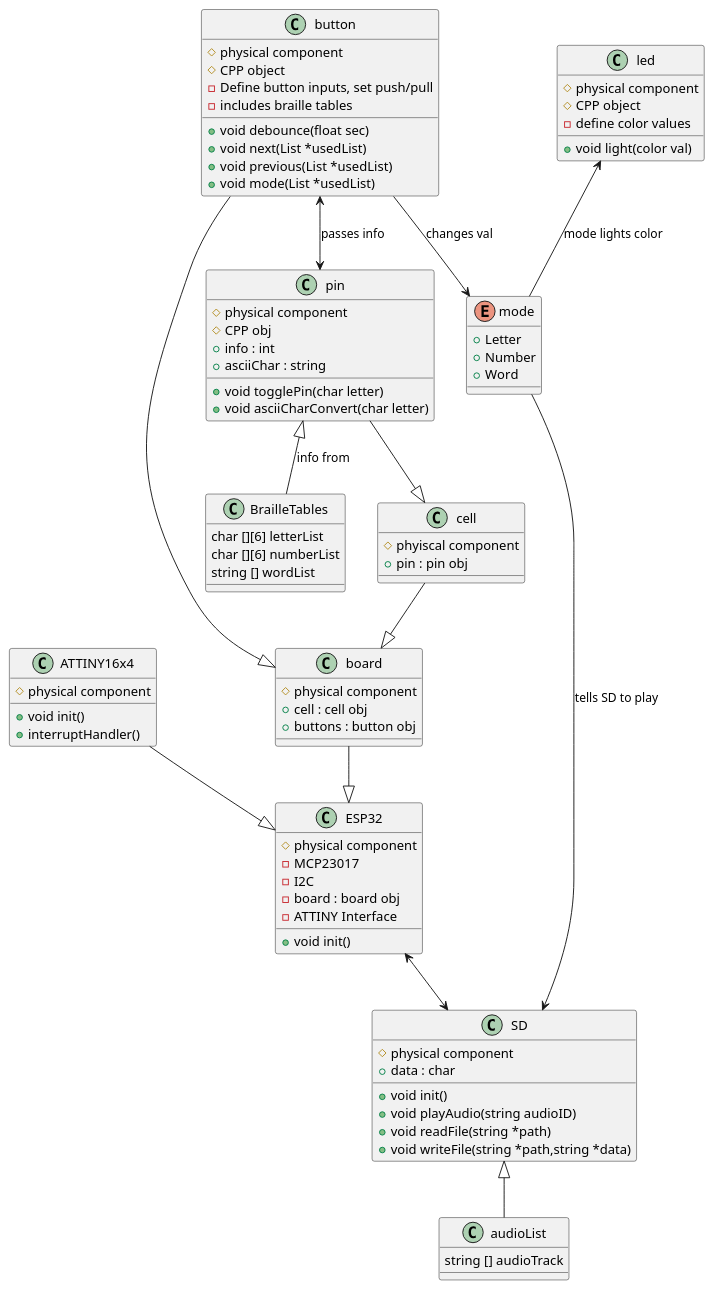
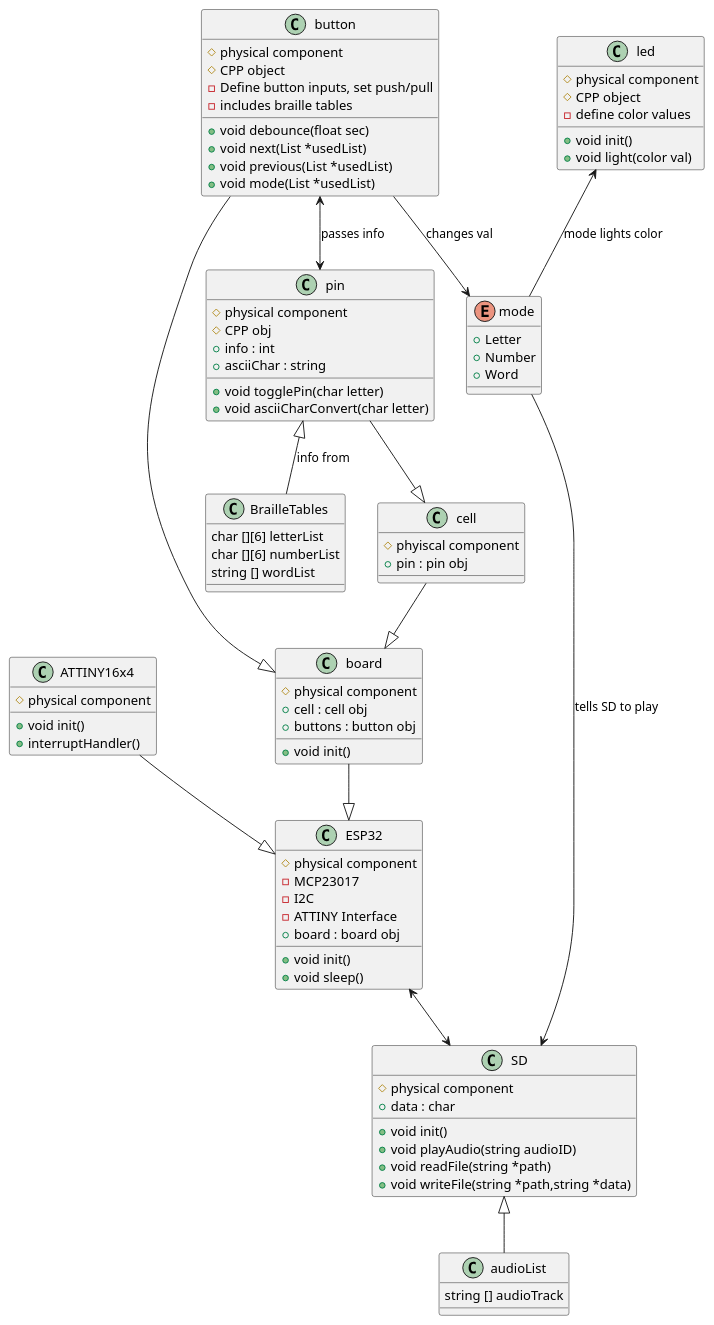
Before and after one commit to nathe6/ENGR696-Braille: the diagram in Braille_Project/main/Braille.puml, drawn with PlantUML.

Commit message:
Cleaning up UMLs

```diff
--- a/Braille_Project/main/Braille.puml
+++ b/Braille_Project/main/Braille.puml
@@ -1,97 +1,100 @@
 @startuml braille
 ' skinparam linetype polyline
 
 together {
     class board {
         # physical component
+        + void init()
         + cell : cell obj
         + buttons : button obj
     }
 
     class cell {
         # phyiscal component
         + pin : pin obj
     }
 
         cell --|> board
         button --|> board
         pin --|> cell
 
     class pin {
         # physical component
         # CPP obj
         + info : int
         + asciiChar : string
         + void togglePin(char letter)
         + void asciiCharConvert(char letter)
     }
 
         pin <|-- BrailleTables : info from
         BrailleTables : char [][6] letterList
         BrailleTables : char [][6] numberList
         BrailleTables : string [] wordList
 
     class button {
         # physical component
         # CPP object
         - Define button inputs, set push/pull
         - includes braille tables
         + void debounce(float sec) 
         + void next(List *usedList) 
         + void previous(List *usedList)
         + void mode(List *usedList)
     }
 
         button <--> pin : passes info 
         button --> mode : changes val
 
 }
 
 class ESP32 {
     # physical component
     - MCP23017
     - I2C
-    - board : board obj
     - ATTINY Interface
+    + board : board obj
     + void init()
+    + void sleep()
 }
 
 class ATTINY16x4 {
     # physical component
     + void init()
     + interruptHandler()
 }
 
     ATTINY16x4 --|> ESP32
     board --|> ESP32
 
 class SD {
     # physical component
     + data : char
     + void init()
     + void playAudio(string audioID)
     + void readFile(string *path)
     + void writeFile(string *path,string *data)
 }
 
     SD <|-- audioList 
     audioList : string [] audioTrack
     mode -> SD : tells SD to play
     ESP32 <--> SD 
 
 class led {
     # physical component
     # CPP object
     - define color values
+    + void init()
     + void light(color val)
 }
 
     led <-- mode : mode lights color
 
 enum mode {
     + Letter
     + Number
     + Word
 } 
 
 @enduml
```
